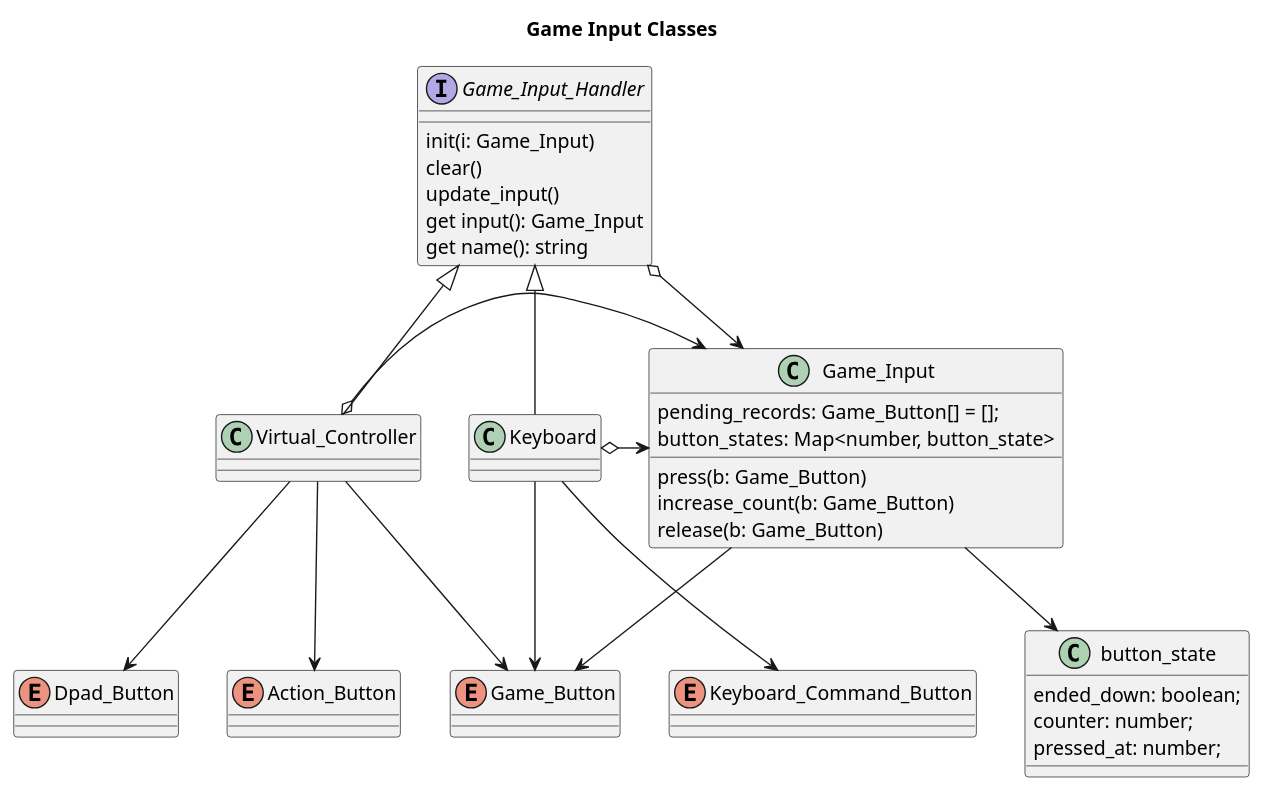
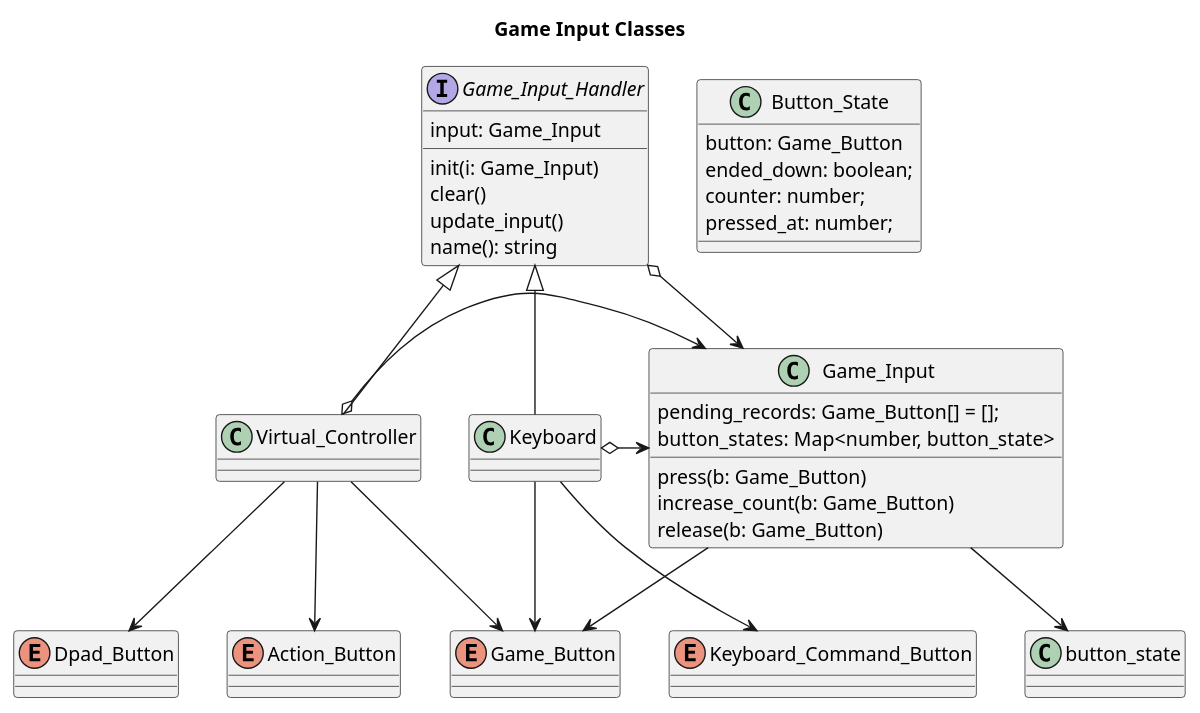
One commit to point23/poly-the-shape-of-everything changed the diagram in notes/input_system.org. Above: the diagram before and after it, drawn with PlantUML. The commit also changed 14 other files, not shown here.

```diff
--- a/notes/input_system.org
+++ b/notes/input_system.org
@@ -1,48 +1,49 @@
 #+begin_src plantuml :file Game_Input.png
 
 title Game Input Classes
 
-class button_state {
+class Button_State {
+    button: Game_Button
     ended_down: boolean;
     counter: number;
     pressed_at: number;
 }
 
 class Game_Input {
     pending_records: Game_Button[] = [];
     button_states: Map<number, button_state>
     press(b: Game_Button)
     increase_count(b: Game_Button)
     release(b: Game_Button)
 }
 
 interface Game_Input_Handler {
+    input: Game_Input
     init(i: Game_Input)
     clear()
     update_input()
-    get input(): Game_Input
-    get name(): string
+    name(): string
 }
 
 class Virtual_Controller extends Game_Input_Handler 
 class Keyboard extends Game_Input_Handler
 
 enum Game_Button
 enum Dpad_Button
 enum Action_Button
 enum Keyboard_Command_Button
 
 Virtual_Controller --> Game_Button
 Virtual_Controller --> Dpad_Button
 Virtual_Controller --> Action_Button
 Virtual_Controller o-> Game_Input
 
 Keyboard --> Game_Button
 Keyboard --> Keyboard_Command_Button
 Keyboard o-> Game_Input
 
 Game_Input_Handler o-> Game_Input
 
 Game_Input --> button_state
 Game_Input --> Game_Button
 #+end_src
```
